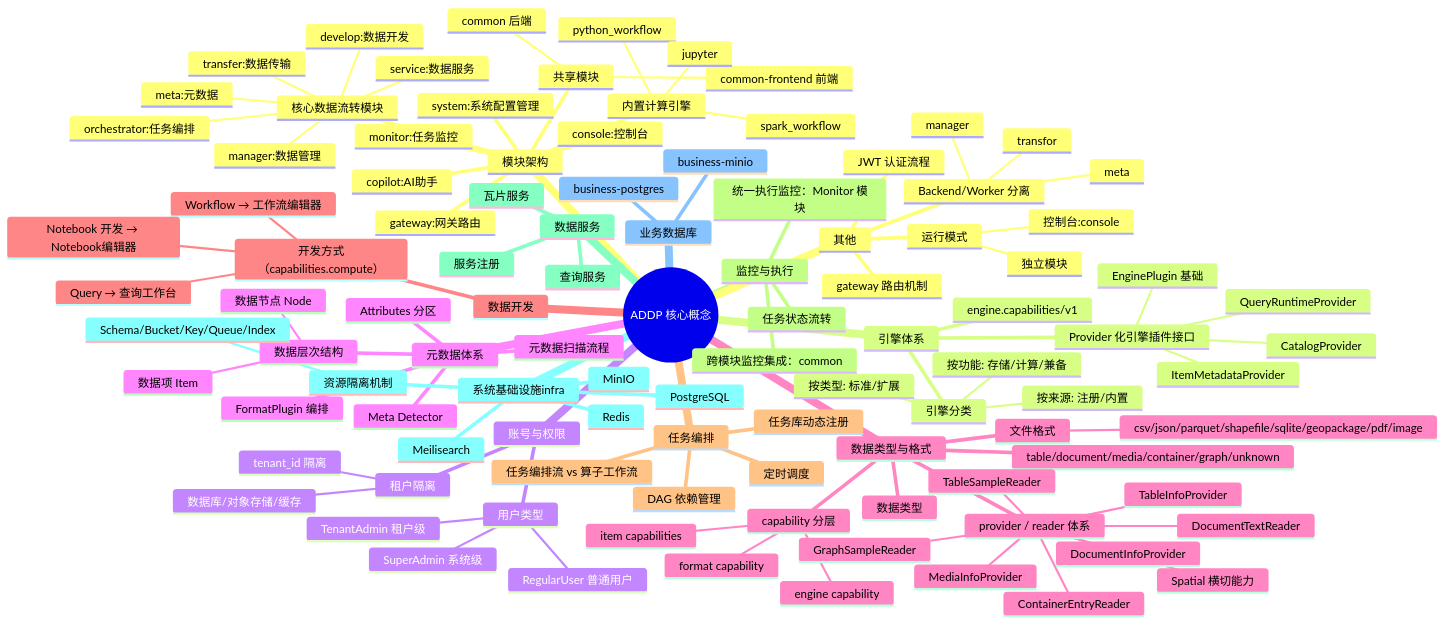
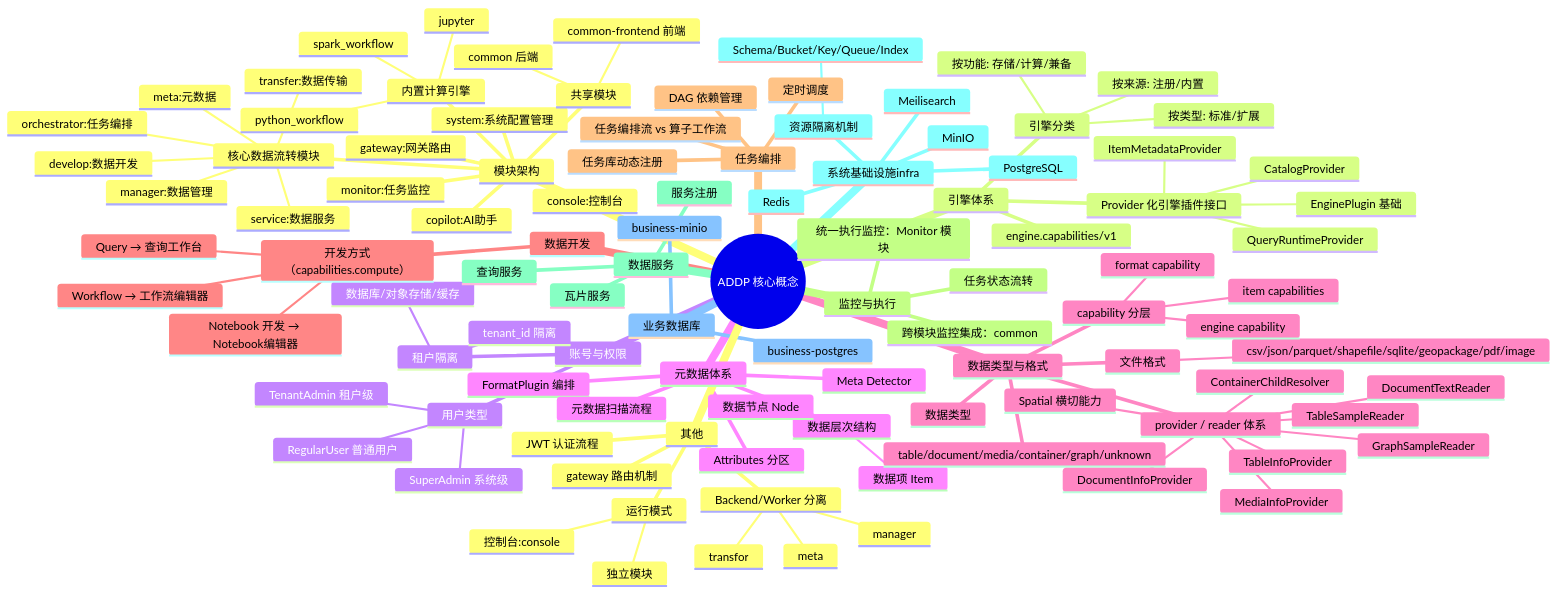
Before and after one commit to pampa0629/addp: the first of 2 diagrams in docs/concepts/addp核心概念关系图.md, drawn with Mermaid. The commit also changed 63 other files, not shown here.

```diff
--- a/docs/concepts/addp核心概念关系图.md
+++ b/docs/concepts/addp核心概念关系图.md
@@ -81,7 +81,7 @@
         DocumentInfoProvider
         DocumentTextReader
         MediaInfoProvider
-        ContainerEntryReader
+        ContainerChildResolver
         GraphSampleReader
         Spatial 横切能力
     数据开发
```
